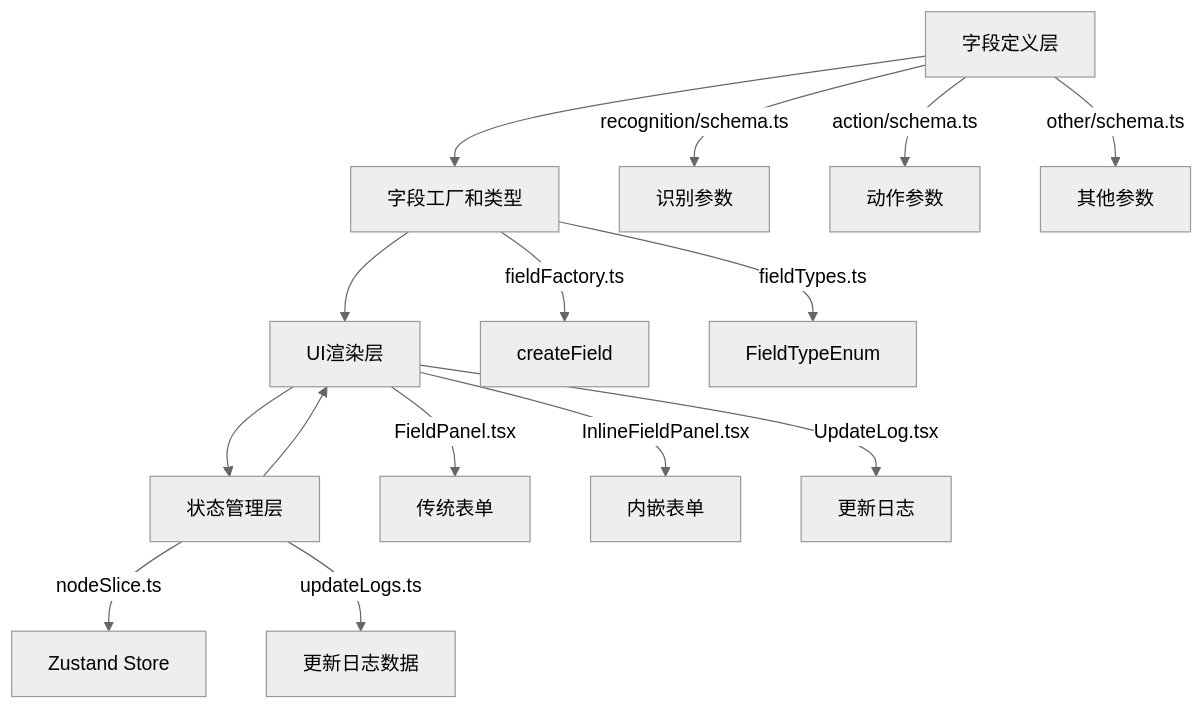
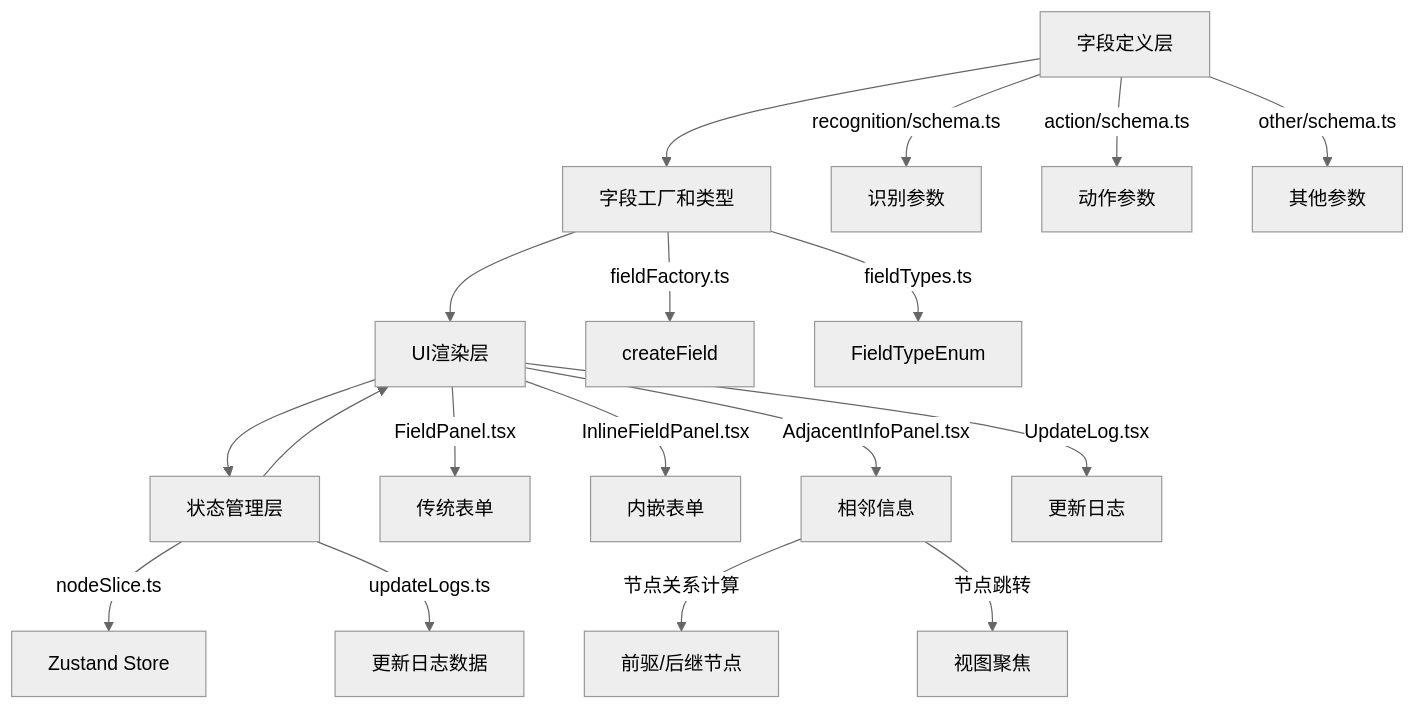
The second of 8 diagrams in .qoder/repowiki/zh/content/核心概念/字段面板/字段面板.md (kqcoxn/MaaPipelineEditor), drawn with Mermaid (neutral theme) before and after one commit. The commit also changed other lines of this file and 430 other files, not shown here.

````diff
--- a/.qoder/repowiki/zh/content/核心概念/字段面板/字段面板.md
+++ b/.qoder/repowiki/zh/content/核心概念/字段面板/字段面板.md
@@ -145,17 +159,20 @@
 ```mermaid
 graph TD
 A[字段定义层] --> B[字段工厂和类型]
 B --> C[UI渲染层]
 C --> D[状态管理层]
 D --> C
 A --> |recognition/schema.ts| A1[识别参数]
 A --> |action/schema.ts| A2[动作参数]
 A --> |other/schema.ts| A3[其他参数]
 B --> |fieldFactory.ts| B1[createField]
 B --> |fieldTypes.ts| B2[FieldTypeEnum]
 C --> |FieldPanel.tsx| C1[传统表单]
 C --> |InlineFieldPanel.tsx| C2[内嵌表单]
-C --> |UpdateLog.tsx| C3[更新日志]
+C --> |AdjacentInfoPanel.tsx| C3[相邻信息]
+C --> |UpdateLog.tsx| C4[更新日志]
 D --> |nodeSlice.ts| D1[Zustand Store]
 D --> |updateLogs.ts| D2[更新日志数据]
+C3 --> |节点关系计算| C5[前驱/后继节点]
+C3 --> |节点跳转| C6[视图聚焦]
 ```
````
